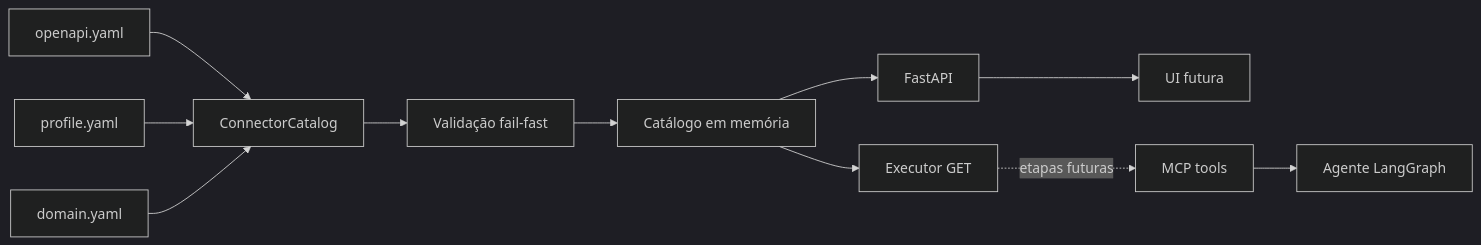
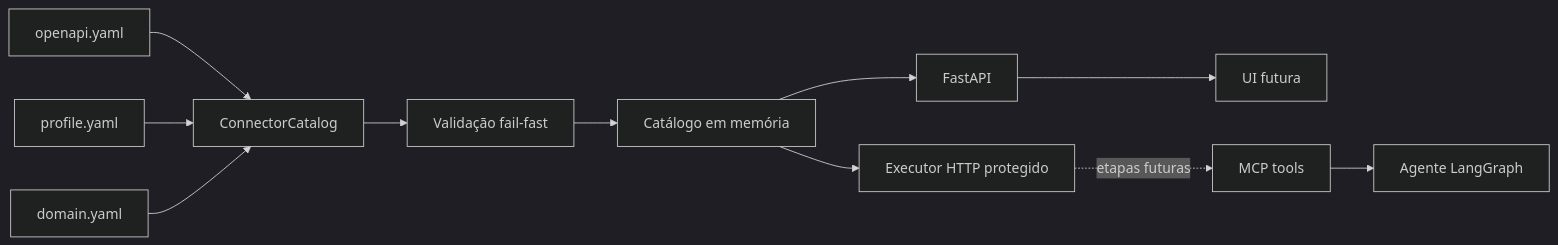
One commit to ChristianGandra21/indusguard changed the first of 3 diagrams in docs/architecture.md. Above: the diagram before and after it, drawn with Mermaid (dark theme). The commit also changed other lines of this file and 10 other files, not shown here.

Commit message:
feat: complete protected HTTP executor

````diff
--- a/docs/architecture.md
+++ b/docs/architecture.md
@@ -9,13 +9,13 @@
 ```mermaid
 flowchart LR
     O[openapi.yaml] --> L[ConnectorCatalog]
     P[profile.yaml] --> L
     D[domain.yaml] --> L
     L --> V[Validação fail-fast]
     V --> C[Catálogo em memória]
     C --> API[FastAPI]
     API --> UI[UI futura]
-    C --> E[Executor GET]
+    C --> E[Executor HTTP protegido]
     E -. etapas futuras .-> MCP[MCP tools]
     MCP --> A[Agente LangGraph]
 ```
````
